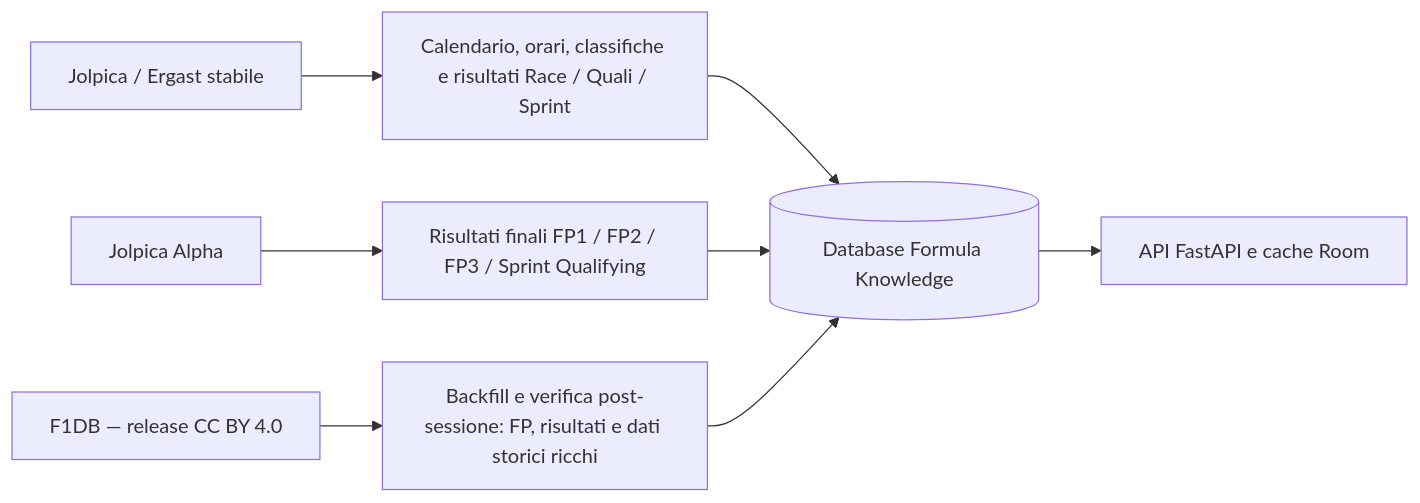
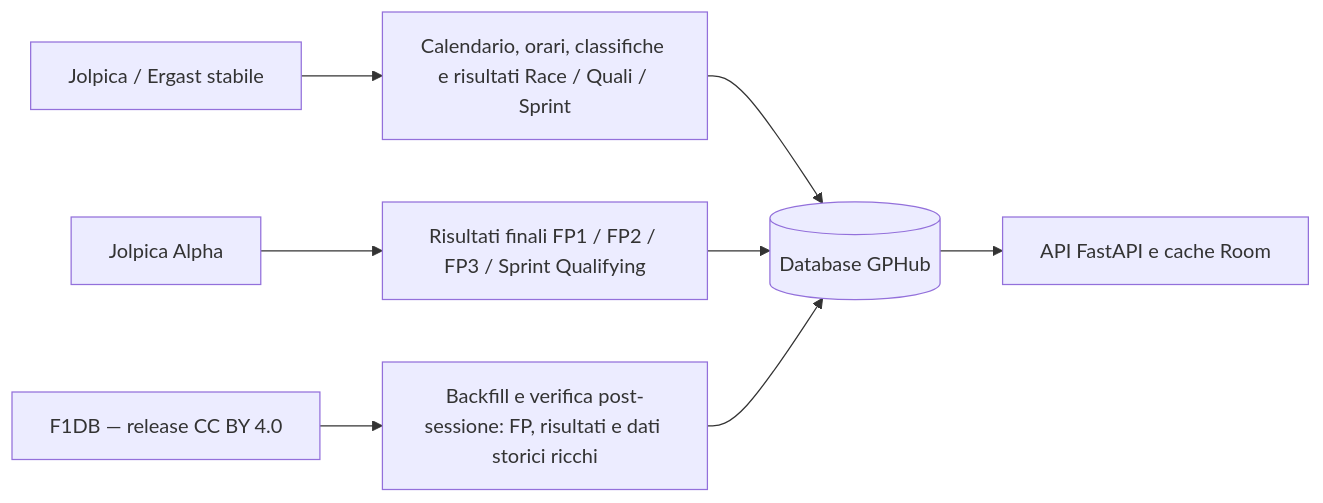
The diagram in todo.md (Andre-m3/formula-knowledge), drawn with Mermaid before and after one commit. The commit also changed other lines of this file and 19 other files, not shown here.

```diff
--- a/todo.md
+++ b/todo.md
@@ -167,10 +157,10 @@
 ~~~mermaid
 flowchart LR
     J[Jolpica / Ergast stabile] --> J1[Calendario, orari, classifiche e risultati Race / Quali / Sprint]
     JA[Jolpica Alpha] --> JA1[Risultati finali FP1 / FP2 / FP3 / Sprint Qualifying]
     F[F1DB — release CC BY 4.0] --> F1[Backfill e verifica post-sessione: FP, risultati e dati storici ricchi]
-    J1 --> DB[(Database Formula Knowledge)]
+    J1 --> DB[(Database GPHub)]
     JA1 --> DB
     F1 --> DB
     DB --> A[API FastAPI e cache Room]
 ~~~
```
